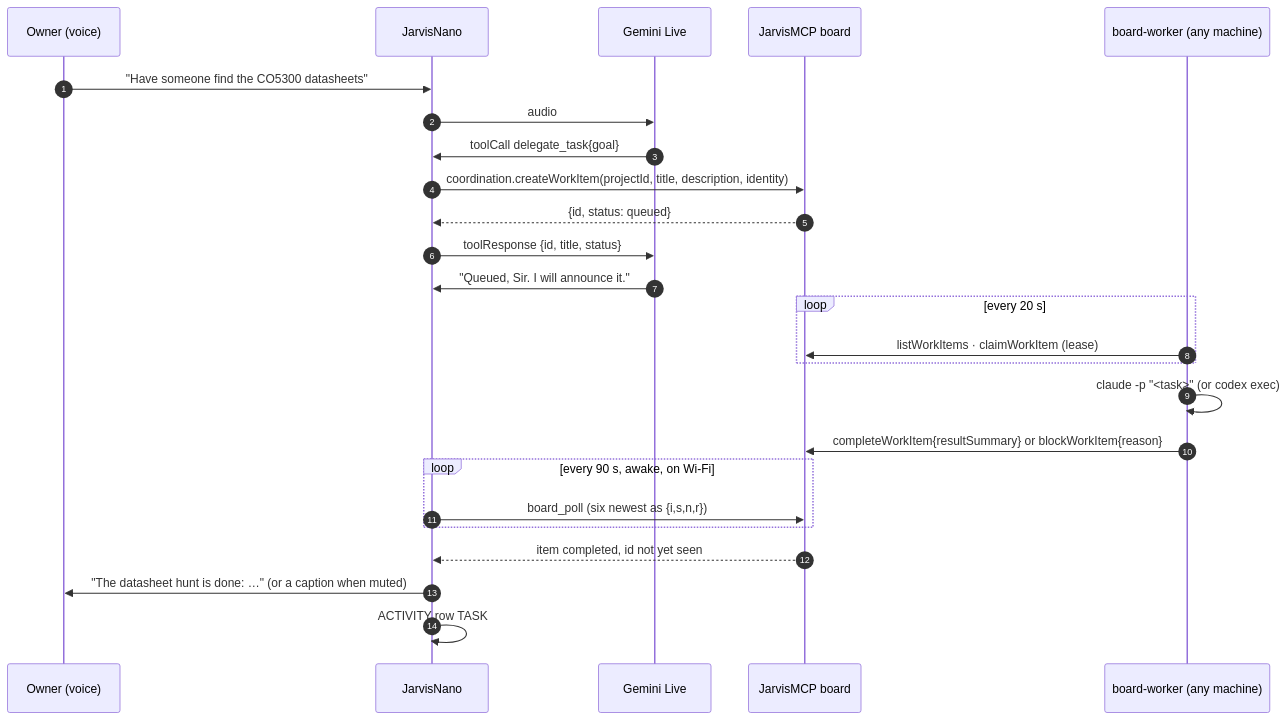
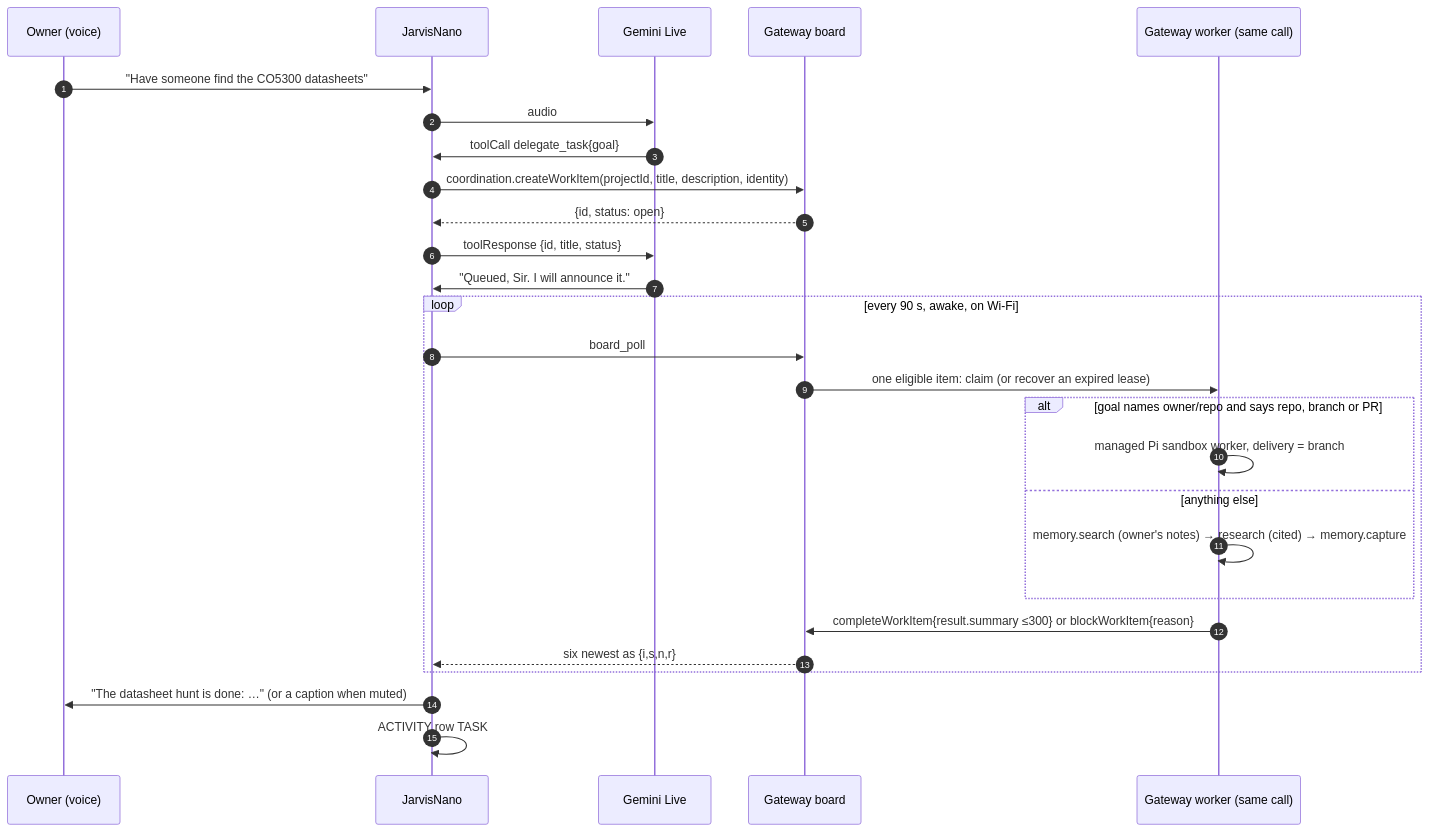
One commit to PascalAI2024/JarvisNano changed the diagram in docs/BRAIN_ARCHITECTURE.md. Above: the diagram before and after it, drawn with Mermaid. The commit also changed other lines of this file and 7 other files, not shown here.

First line of the commit message:
feat: the worker is the gateway — each poll claims one spoken job and settles it in the same call, no devbox, no host

````diff
--- a/docs/BRAIN_ARCHITECTURE.md
+++ b/docs/BRAIN_ARCHITECTURE.md
@@ -58,27 +60,29 @@
 ```mermaid
 sequenceDiagram
     autonumber
     participant O as Owner (voice)
     participant D as JarvisNano
     participant G as Gemini Live
-    participant B as JarvisMCP board
-    participant W as board-worker (any machine)
+    participant B as Gateway board
+    participant W as Gateway worker (same call)
     O->>D: "Have someone find the CO5300 datasheets"
     D->>G: audio
     G->>D: toolCall delegate_task{goal}
     D->>B: coordination.createWorkItem(projectId, title, description, identity)
-    B-->>D: {id, status: queued}
+    B-->>D: {id, status: open}
     D->>G: toolResponse {id, title, status}
     G->>D: "Queued, Sir. I will announce it."
-    loop every 20 s
-        W->>B: listWorkItems · claimWorkItem (lease)
+    loop every 90 s, awake, on Wi-Fi
+        D->>B: board_poll
+        B->>W: one eligible item: claim (or recover an expired lease)
+        alt goal names owner/repo and says repo, branch or PR
+            W->>W: managed Pi sandbox worker, delivery = branch
+        else anything else
+            W->>W: memory.search (owner's notes) → research (cited) → memory.capture
+        end
+        W->>B: completeWorkItem{result.summary ≤300} or blockWorkItem{reason}
+        B-->>D: six newest as {i,s,n,r}
     end
-    W->>W: claude -p "<task>" (or codex exec)
-    W->>B: completeWorkItem{resultSummary} or blockWorkItem{reason}
-    loop every 90 s, awake, on Wi-Fi
-        D->>B: board_poll (six newest as {i,s,n,r})
-    end
-    B-->>D: item completed, id not yet seen
     D->>O: "The datasheet hunt is done: …" (or a caption when muted)
     D->>D: ACTIVITY row TASK
 ```
````
